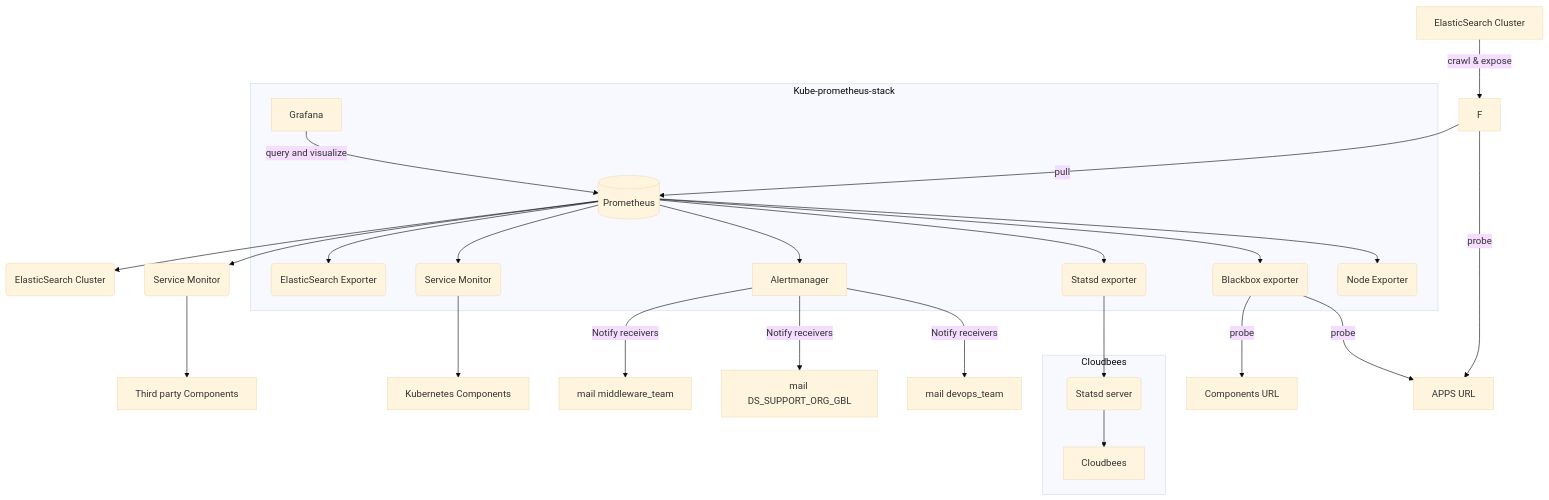
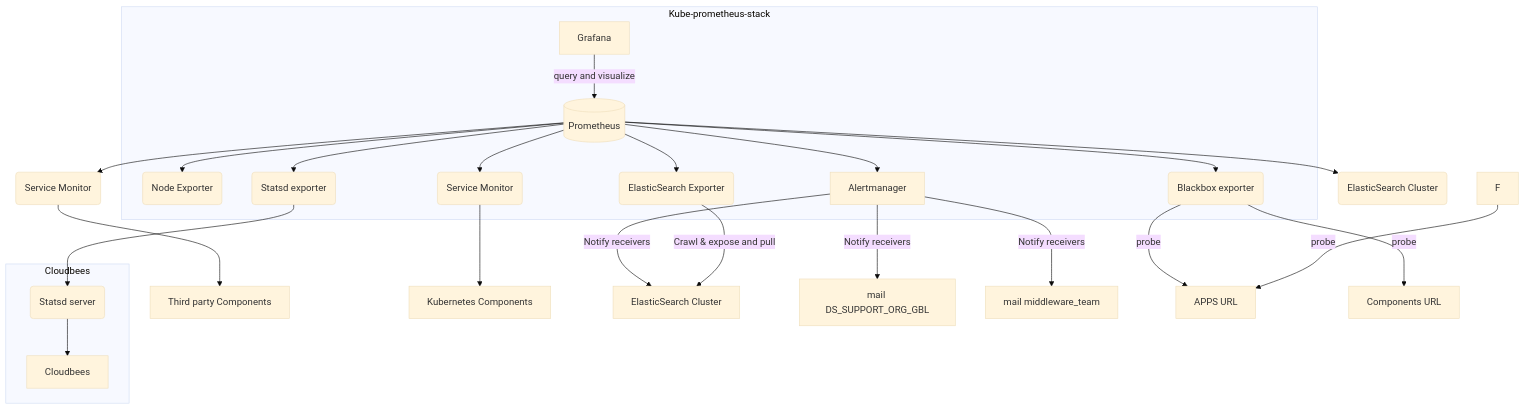
One commit to SavaiRavikiran/Monitoring_With_Prometheus-Grafana changed the first of 14 diagrams in Markdown1.md. Above: the diagram before and after it, drawn with Mermaid (base theme).

Commit message:
Update Mark dfjdfipj down1.md

````diff
--- a/Markdown1.md
+++ b/Markdown1.md
@@ -1,31 +1,30 @@
 ```mermaid
 graph TD
   subgraph "Kube-prometheus-stack"
     A[Grafana]-->|query and visualize| B[(Prometheus)]
     B --> C(Node Exporter)
     B --> D(Blackbox exporter)
     B --> E(Statsd exporter)
     B --> G[Alertmanager]
     B --> SM1(Service Monitor)
     B --> EE1(ElasticSearch Exporter)
   end
   
-  E1[ElasticSearch Cluster]-->|crawl & expose| F
-  F -->|pull| B
   B --> SM2(Service Monitor)
   B --> EE2(ElasticSearch Cluster)
   SM2 --> O[Third party Components]
   SM1 --> P[Kubernetes Components]
   
   G -->|Notify receivers| H[mail devops_team]
   G -->|Notify receivers| I[mail DS_SUPPORT_ORG_GBL]
   G -->|Notify receivers| J[mail middleware_team]
   D -->|probe| L[APPS URL]
   D -->|probe| M[Components URL]
   F -->|probe| L[APPS URL]
+  EE1 -->|Crawl & expose and pull| H[ElasticSearch Cluster]
 
   subgraph "Cloudbees"
     E --> N(Statsd server)
     N --> K[Cloudbees]
   end
 ```
````
